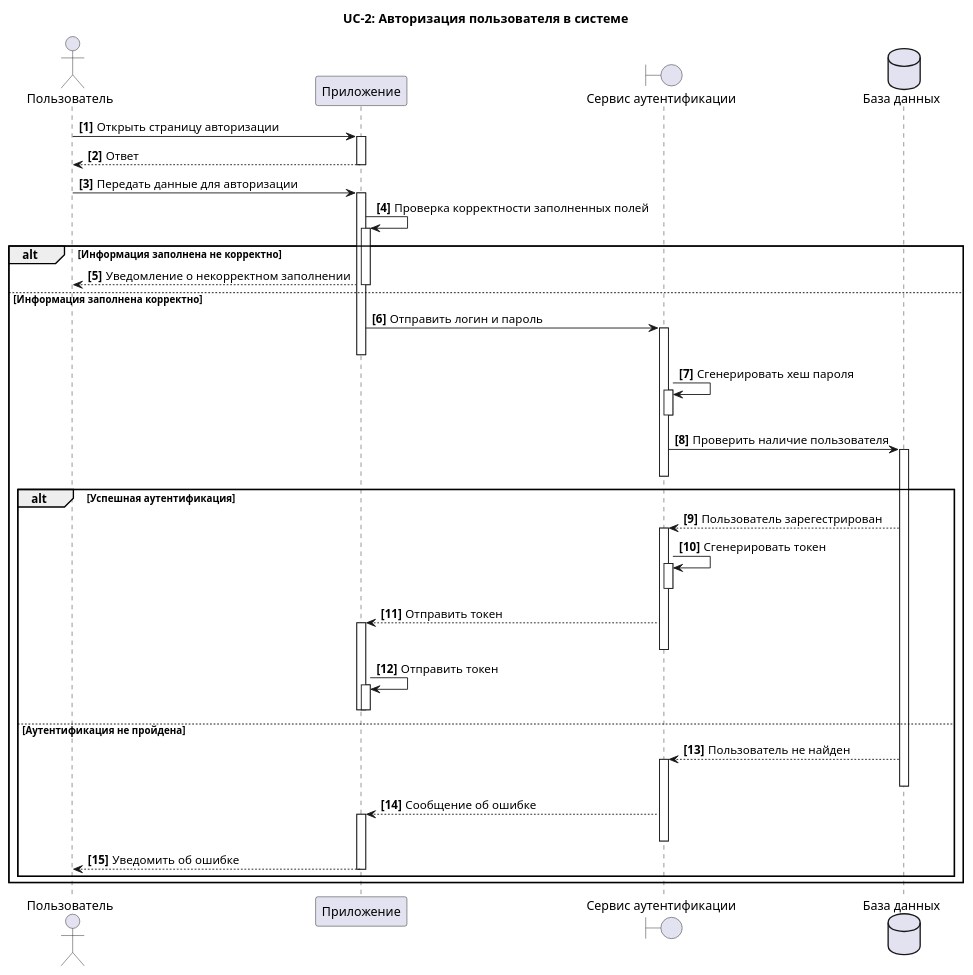
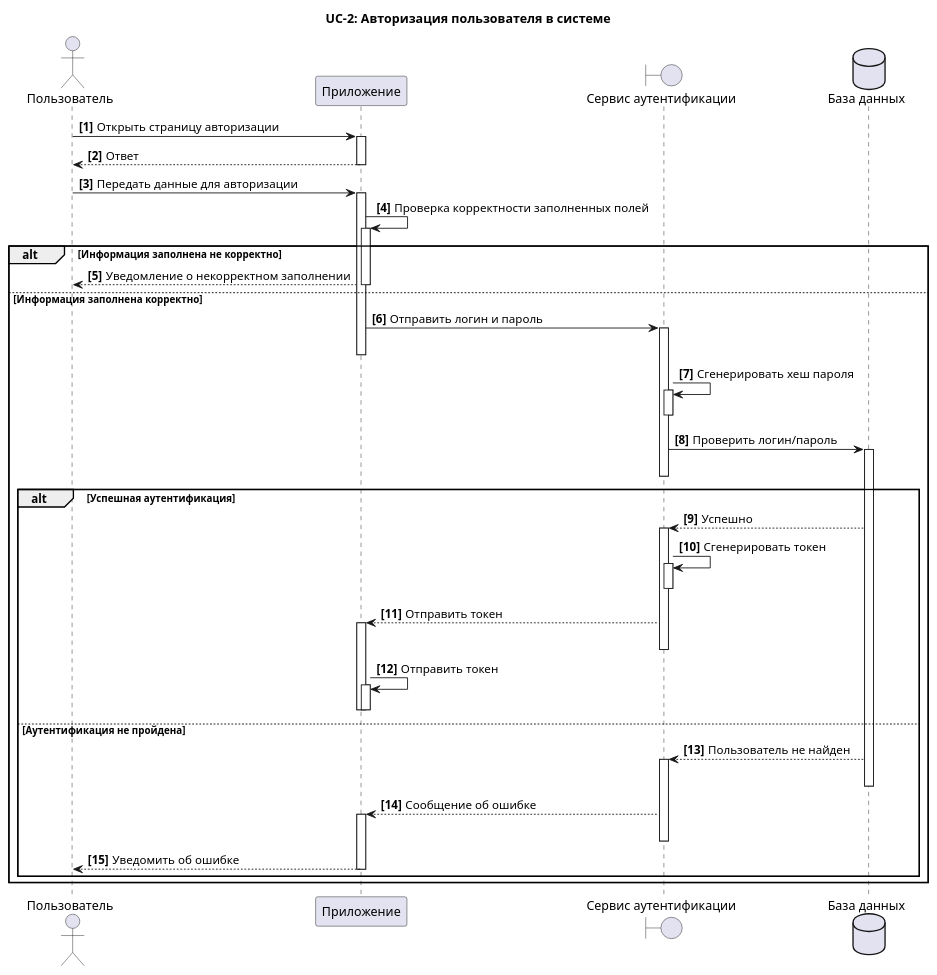
The diagram in 5_UML/UC_2_Autentification.wsd (Mimitrii/RoboPoint), drawn with PlantUML before and after one commit. The commit also changed 3 other files, not shown here.

```diff
--- a/5_UML/UC_2_Autentification.wsd
+++ b/5_UML/UC_2_Autentification.wsd
@@ -1,41 +1,41 @@
 @startuml
 title UC-2: Авторизация пользователя в системе
 actor "Пользователь" as U 
 participant  "Приложение" as A 
 boundary "Сервис аутентификации" as S
 dataBase "База данных" as DB 
 autonumber "<b>[0]"  
 
 U->A++: Открыть страницу авторизации
 return Ответ
 U->A++: Передать данные для авторизации
 A->A++: Проверка корректности заполненных полей
 alt Информация заполнена не корректно
 A-->U:Уведомление о некорректном заполнении
 else  Информация заполнена корректно
 A--
 A->S++: Отправить логин и пароль
 A--
 S->S++: Сгенерировать хеш пароля
 S--
-S->DB++: Проверить наличие пользователя
+S->DB++: Проверить логин/пароль
 S--
 alt Успешная аутентификация
-DB-->S++: Пользователь зарегестрирован
+DB-->S++: Успешно
 S->S++: Сгенерировать токен
 S--
 S-->A++: Отправить токен
 S--
 A->A++: Отправить токен
 A--
 A--
 else Аутентификация не пройдена
 DB-->S++: Пользователь не найден
 DB--
 S-->A++:Сообщение об ошибке
 S--
 A-->U: Уведомить об ошибке 
 A--
 end
 end
 @enduml
```
